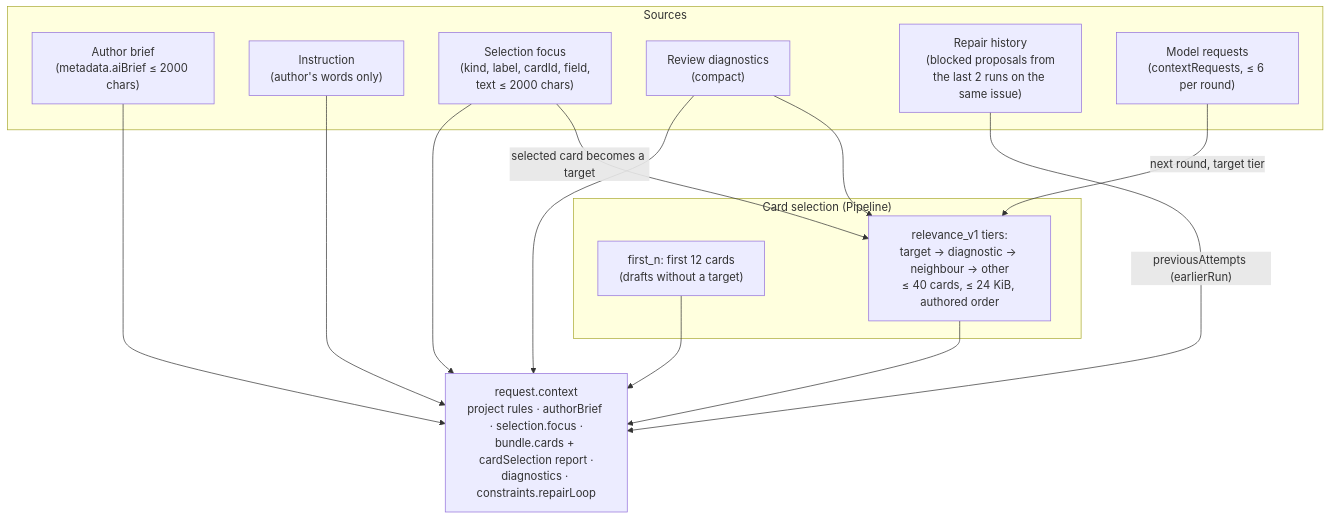
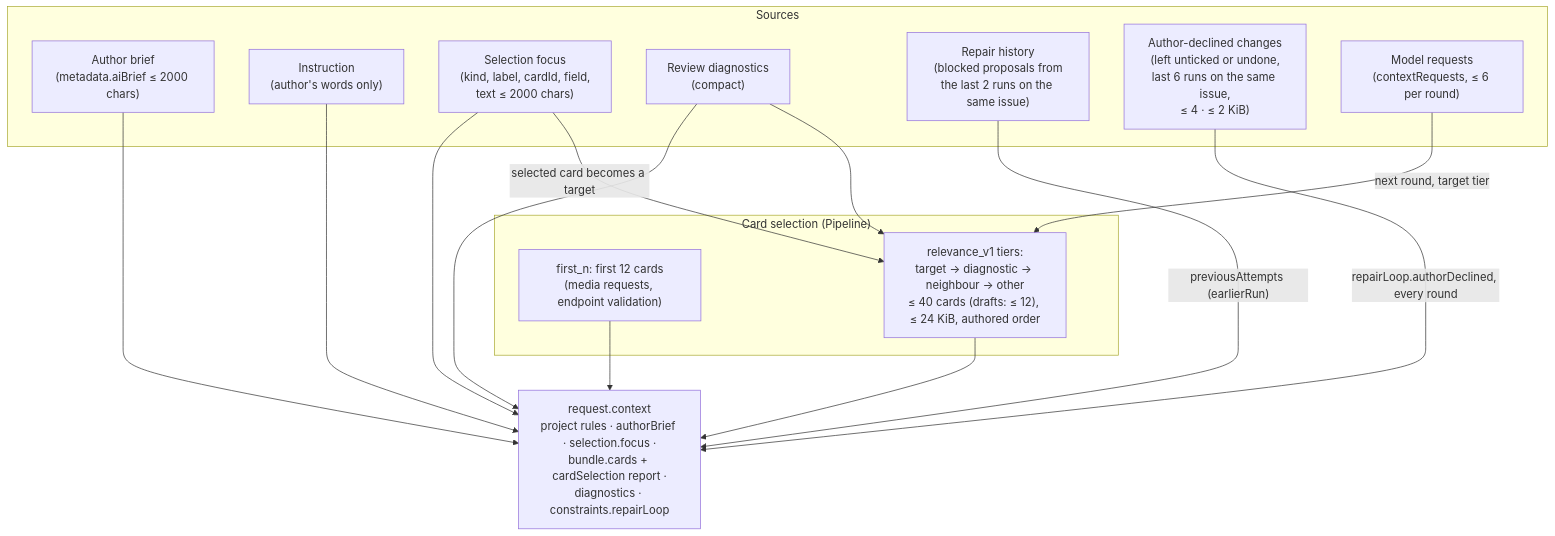
The second of 4 diagrams in docs/architecture/ai-assist.md (Sisyphe42/ReignsAgent), drawn with Mermaid before and after one commit. The commit also changed other lines of this file and 4 other files, not shown here.

First line of the commit message:
docs: usage, blocking-check summary, author-declined memory, draft context

````diff
--- a/docs/architecture/ai-assist.md
+++ b/docs/architecture/ai-assist.md
@@ -60,29 +60,31 @@
 ```mermaid
 flowchart TB
   subgraph Sources
     B["Author brief\n(metadata.aiBrief ≤ 2000 chars)"]
     I["Instruction\n(author's words only)"]
     S["Selection focus\n(kind, label, cardId, field,\ntext ≤ 2000 chars)"]
     D["Review diagnostics\n(compact)"]
     H["Repair history\n(blocked proposals from\nthe last 2 runs on the same issue)"]
+    A["Author-declined changes\n(left unticked or undone,\nlast 6 runs on the same issue,\n≤ 4 · ≤ 2 KiB)"]
     M["Model requests\n(contextRequests, ≤ 6 per round)"]
   end
 
   subgraph Selection["Card selection (Pipeline)"]
-    F["first_n: first 12 cards\n(drafts without a target)"]
-    R["relevance_v1 tiers:\ntarget → diagnostic → neighbour → other\n≤ 40 cards, ≤ 24 KiB, authored order"]
+    F["first_n: first 12 cards\n(media requests, endpoint validation)"]
+    R["relevance_v1 tiers:\ntarget → diagnostic → neighbour → other\n≤ 40 cards (drafts: ≤ 12), ≤ 24 KiB, authored order"]
   end
 
   CTX["request.context\nproject rules · authorBrief · selection.focus ·\nbundle.cards + cardSelection report ·\ndiagnostics · constraints.repairLoop"]
 
   B --> CTX
   I --> CTX
   S -->|"selected card becomes a target"| R
   S --> CTX
   D --> R
   D --> CTX
   H -->|"previousAttempts (earlierRun)"| CTX
+  A -->|"repairLoop.authorDeclined, every round"| CTX
   M -->|"next round, target tier"| R
   F --> CTX
   R --> CTX
 ```
````
